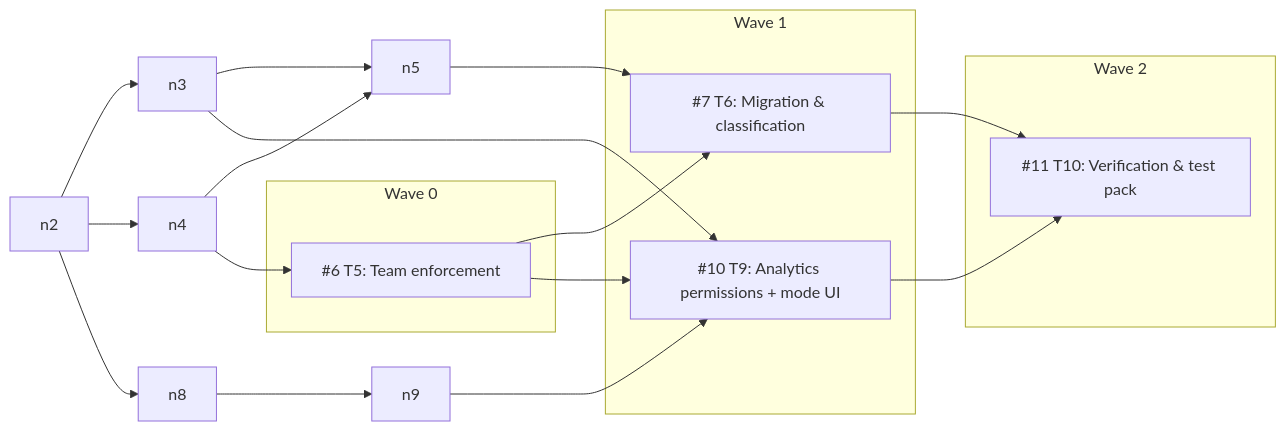
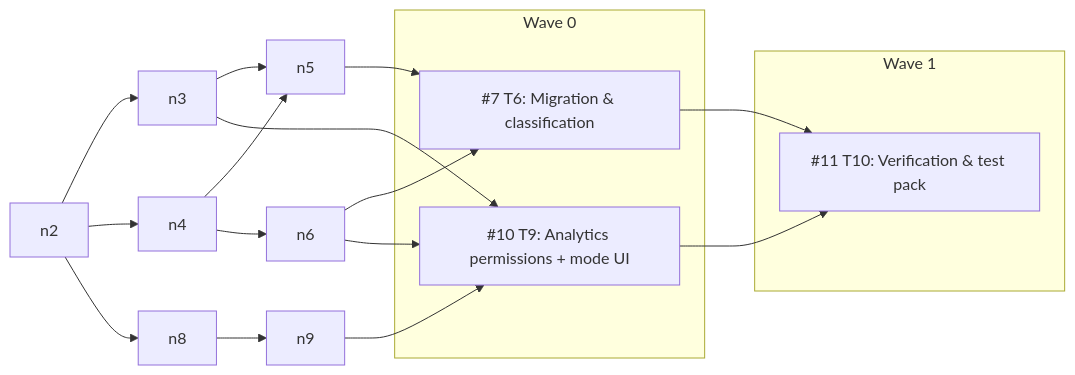
One commit to bugscoderlab/open-notebook changed the first of 2 diagrams in docs/7-DEVELOPMENT/team-access/schedule.md. Above: the diagram before and after it, drawn with Mermaid. The commit also changed other lines of this file, not shown here.

````diff
--- a/docs/7-DEVELOPMENT/team-access/schedule.md
+++ b/docs/7-DEVELOPMENT/team-access/schedule.md
@@ -20,27 +20,24 @@
 ```mermaid
 flowchart LR
   subgraph "Wave 0"
-    n6["#6 T5: Team enforcement"]
-  end
-  subgraph "Wave 1"
     n7["#7 T6: Migration & classification"]
     n10["#10 T9: Analytics permissions + mode UI"]
   end
-  subgraph "Wave 2"
+  subgraph "Wave 1"
     n11["#11 T10: Verification & test pack"]
   end
   n2 --> n3
   n2 --> n4
   n3 --> n5
   n4 --> n5
   n4 --> n6
   n5 --> n7
   n6 --> n7
   n2 --> n8
   n8 --> n9
   n3 --> n10
   n6 --> n10
   n9 --> n10
   n7 --> n11
   n10 --> n11
 ```
````
